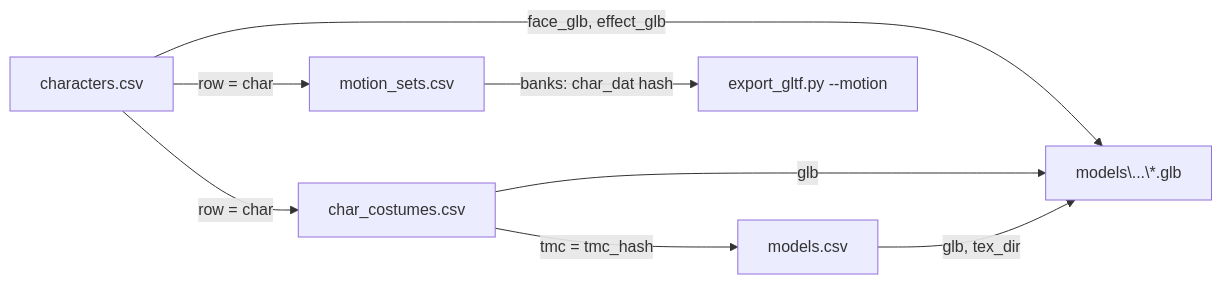
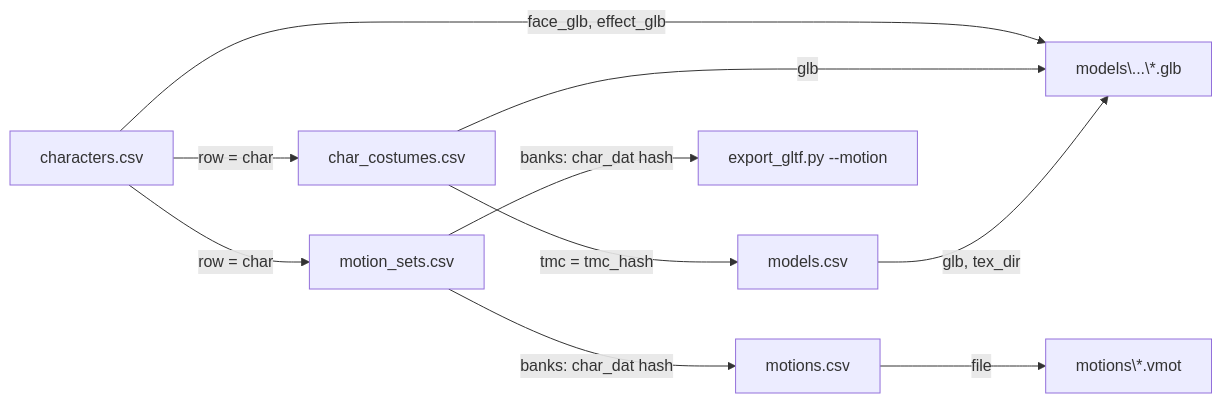
Before and after one commit to tlzyh/DOAXVV: the diagram in 阶段总结.md, drawn with Mermaid. The commit also changed other lines of this file and 9 other files, not shown here.

````diff
--- a/阶段总结.md
+++ b/阶段总结.md
@@ -183,10 +191,12 @@
 ```mermaid
 flowchart LR
     characters["characters.csv"] -->|"row = char"| charCostumes["char_costumes.csv"]
     characters -->|"row = char"| motionSets["motion_sets.csv"]
     characters -->|"face_glb, effect_glb"| glbFiles["models\...\*.glb"]
     charCostumes -->|"tmc = tmc_hash"| models["models.csv"]
     charCostumes -->|glb| glbFiles
     models -->|"glb, tex_dir"| glbFiles
+    motionSets -->|"banks: char_dat hash"| motions["motions.csv"]
+    motions -->|file| vmotFiles["motions\*.vmot"]
     motionSets -->|"banks: char_dat hash"| exportMotion["export_gltf.py --motion"]
 ```
````
